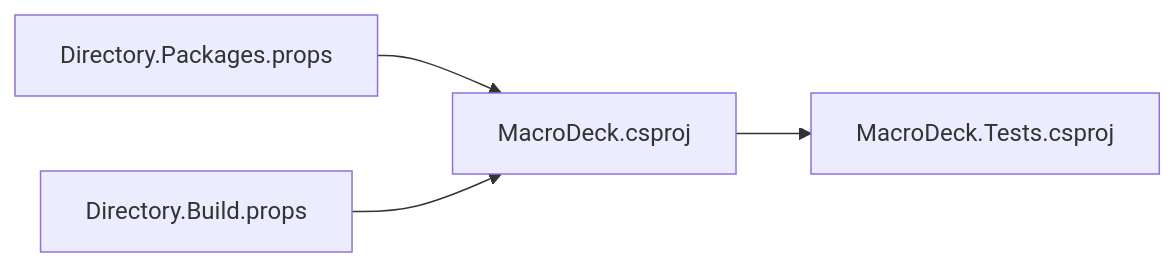
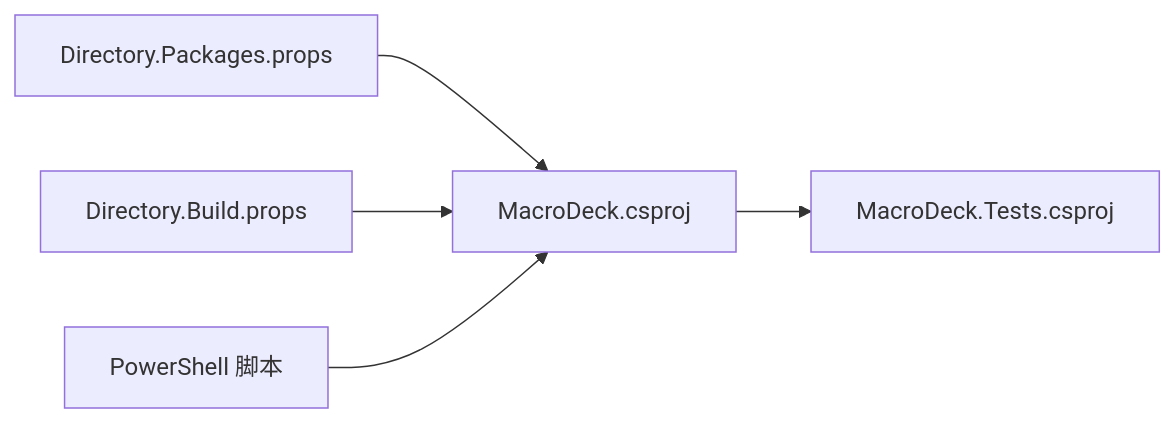
Before and after one commit to tea4go/Macro-Deck: the third of 4 diagrams in .qoder/repowiki/zh/content/开发者指南/开发者指南.md, drawn with Mermaid. The commit also changed other lines of this file and 17 other files, not shown here.

````diff
--- a/.qoder/repowiki/zh/content/开发者指南/开发者指南.md
+++ b/.qoder/repowiki/zh/content/开发者指南/开发者指南.md
@@ -145,10 +175,12 @@
 ```mermaid
 graph LR
 AppProj["MacroDeck.csproj"]
 TestProj["MacroDeck.Tests.csproj"]
 CentralProps["Directory.Packages.props"]
 BuildProps["Directory.Build.props"]
+PScripts["PowerShell 脚本"]
 CentralProps --> AppProj
 BuildProps --> AppProj
 AppProj --> TestProj
+PScripts --> AppProj
 ```
````
